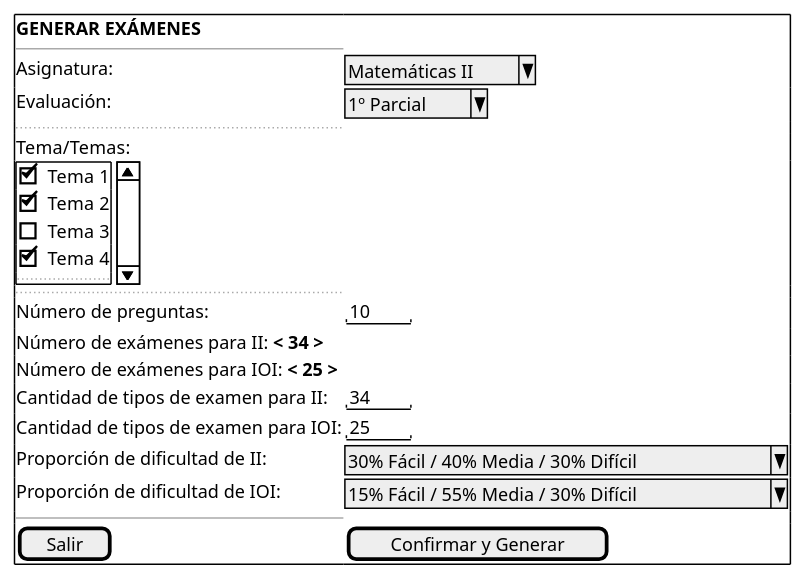
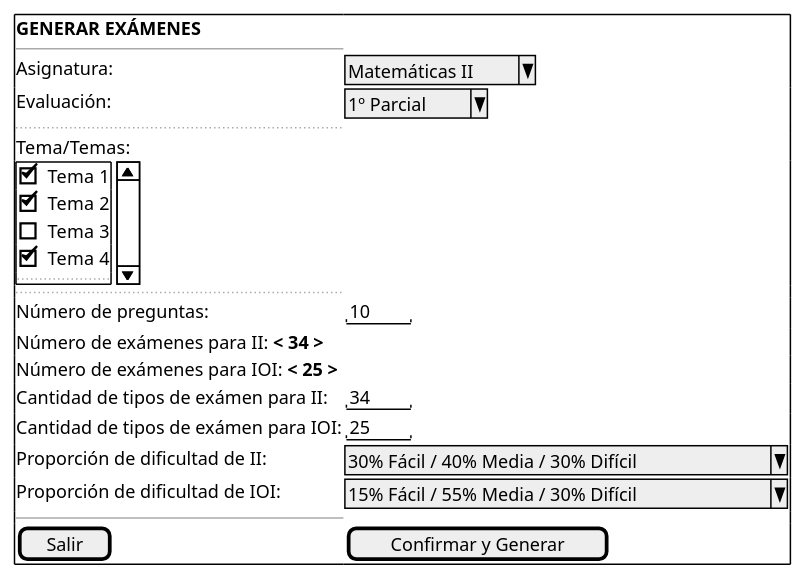
Before and after one commit to martinlopez7/25-26-IdSw1-SdR: the diagram in documents/casos-de-uso/prototipadoCasosDeUso/generarExamenes/generarExamenesConfirmacion.puml, drawn with PlantUML. The commit also changed 14 other files, not shown here.

```diff
--- a/documents/casos-de-uso/prototipadoCasosDeUso/generarExamenes/generarExamenesConfirmacion.puml
+++ b/documents/casos-de-uso/prototipadoCasosDeUso/generarExamenes/generarExamenesConfirmacion.puml
@@ -1,31 +1,31 @@
 @startsalt
 {+
   <b>GENERAR EXÁMENES</b>
   --
   Asignatura: | ^Matemáticas II^
   Evaluación: | ^1º Parcial^
   ..
   
   Tema/Temas:
   {SI
     [X] Tema 1
     [X] Tema 2
     [ ] Tema 3
     [X] Tema 4
     ...
   }
   
   ..
   Número de preguntas:       | "10   "
   Número de exámenes para II: **< 34 >**
   Número de exámenes para IOI: **< 25 >**
-  Cantidad de tipos de examen para II: | "34   "
-  Cantidad de tipos de examen para IOI: | "25   "
+  Cantidad de tipos de exámen para II: | "34   "
+  Cantidad de tipos de exámen para IOI: | "25   "
   Proporción de dificultad de II:    | ^30% Fácil / 40% Media / 30% Difícil^
   Proporción de dificultad de IOI:    | ^15% Fácil / 55% Media / 30% Difícil^
   
   --
   
   [ Salir ] | [ Confirmar y Generar ]
 }
 @endsalt
```
